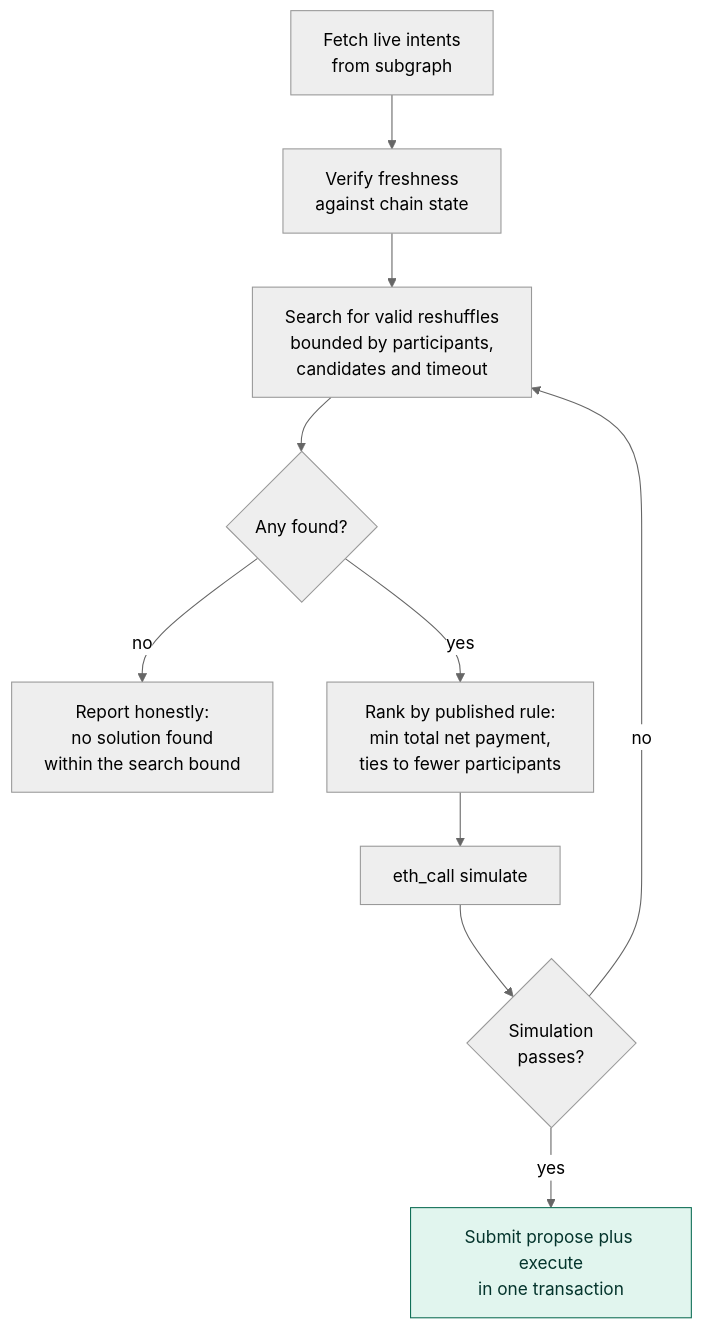
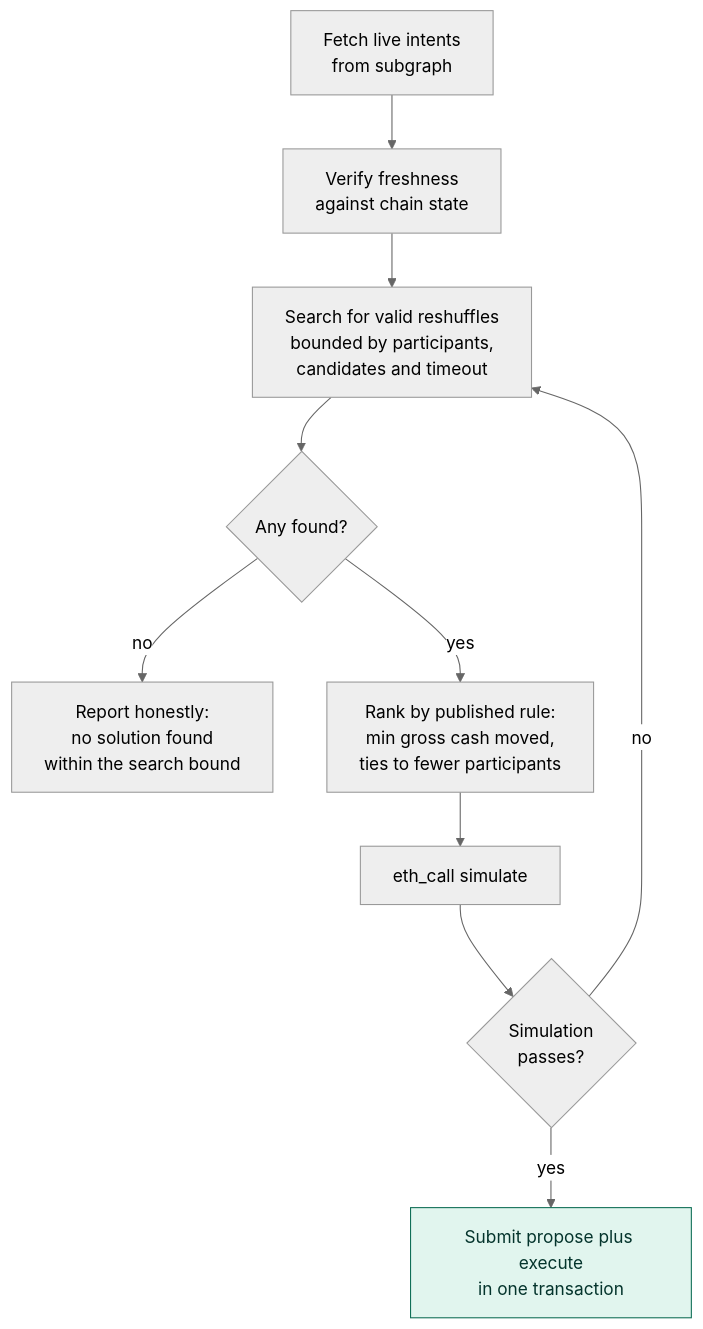
One commit to angelphoon7/online2026 changed the ninth of 26 diagrams in README.md. Above: the diagram before and after it, drawn with Mermaid (neutral theme). The commit also changed other lines of this file and 6 other files, not shown here.

````diff
--- a/README.md
+++ b/README.md
@@ -219,15 +238,15 @@
 ```mermaid
 flowchart TD
     A["Fetch live intents<br/>from subgraph"] --> B["Verify freshness<br/>against chain state"]
     B --> C["Search for valid reshuffles<br/>bounded by participants,<br/>candidates and timeout"]
     C --> D{"Any found?"}
     D -->|"no"| E["Report honestly:<br/>no solution found<br/>within the search bound"]
-    D -->|"yes"| F["Rank by published rule:<br/>min total net payment,<br/>ties to fewer participants"]
+    D -->|"yes"| F["Rank by published rule:<br/>min gross cash moved,<br/>ties to fewer participants"]
     F --> G["eth_call simulate"]
     G --> H{"Simulation<br/>passes?"}
     H -->|"no"| C
     H -->|"yes"| I["Submit propose plus execute<br/>in one transaction"]
 
     classDef ok fill:#E1F5EE,stroke:#0F6E56,stroke-width:1px,color:#04342C
     class I ok
 ```
````
